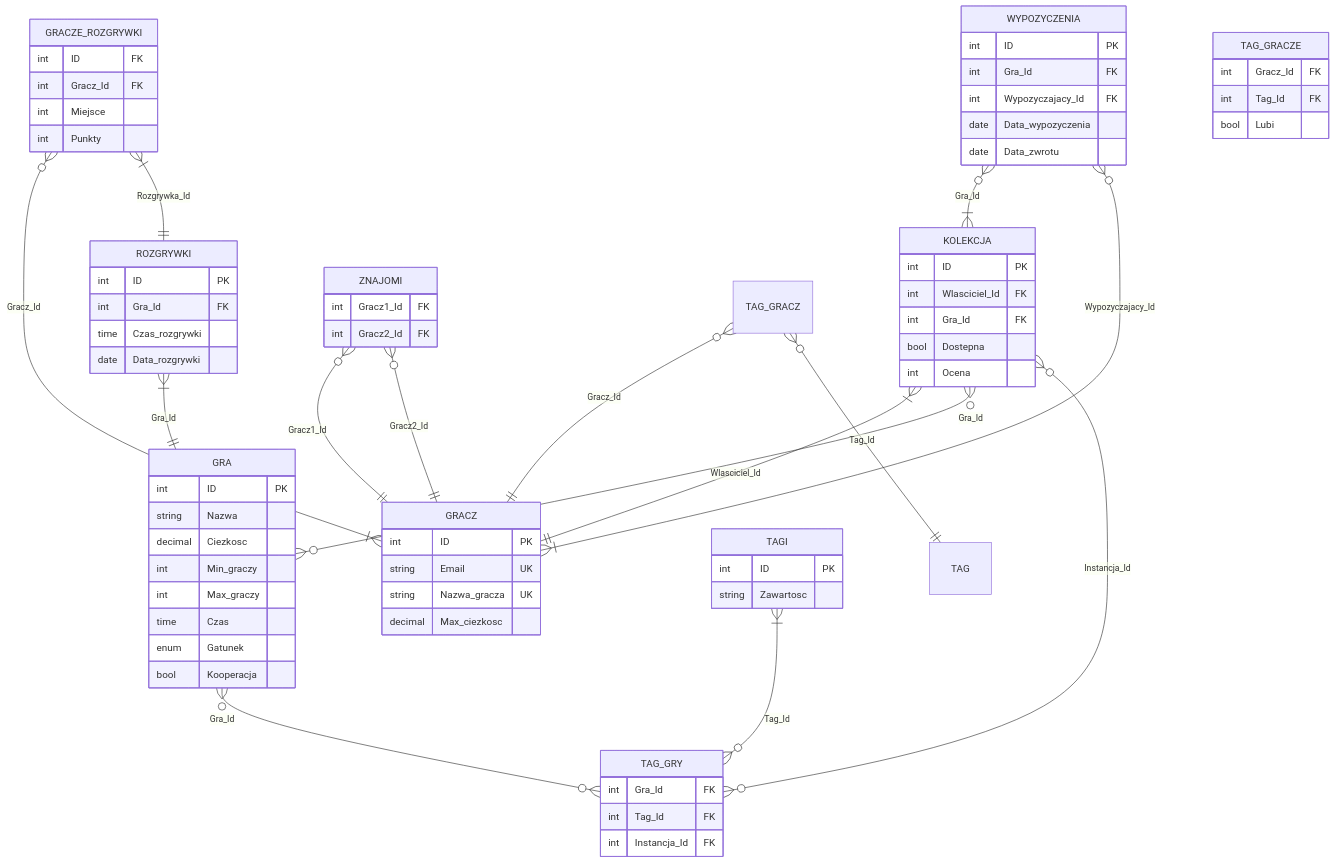
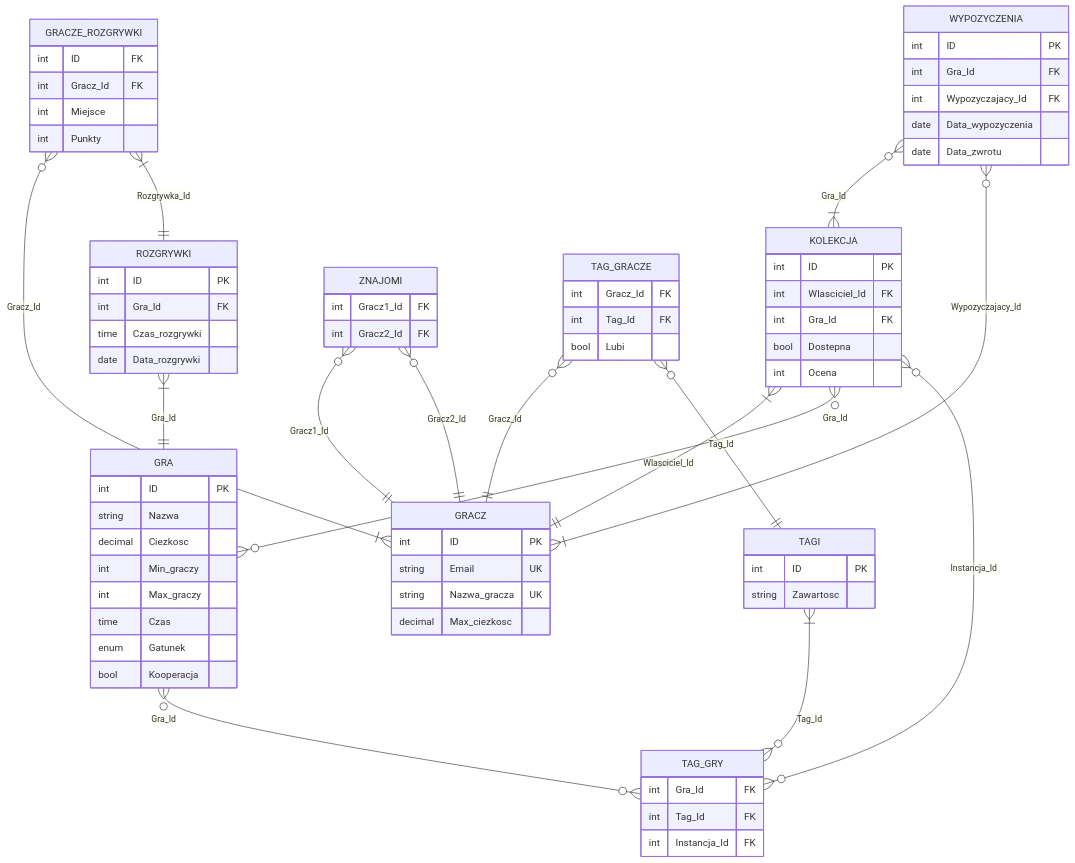
Before and after one commit to Sammaeliusz/PC-Repo: the diagram in BD/scheme.md, drawn with Mermaid.

````diff
--- a/BD/scheme.md
+++ b/BD/scheme.md
@@ -1,78 +1,78 @@
 ``` mermaid
 erDiagram
 GRA{
     int ID PK
     string Nazwa
     decimal Ciezkosc
     int Min_graczy
     int Max_graczy
     time Czas
     enum Gatunek
     bool Kooperacja
 }
 KOLEKCJA{
     int ID PK
     int Wlasciciel_Id FK
     int Gra_Id FK
     bool Dostepna
     int Ocena
 }
 TAG_GRY{
     int Gra_Id FK
     int Tag_Id FK
     int Instancja_Id FK
 }
 GRACZ{
     int ID PK
     string Email UK
     string Nazwa_gracza UK
     decimal Max_ciezkosc
 }
 ROZGRYWKI{
     int ID PK
     int Gra_Id FK
     time Czas_rozgrywki
     date Data_rozgrywki
 }
 GRACZE_ROZGRYWKI{
     int ID FK
     int Gracz_Id FK
     int Miejsce
     int Punkty
 }
 WYPOZYCZENIA{
     int ID PK
     int Gra_Id FK
     int Wypozyczajacy_Id FK
     date Data_wypozyczenia
     date Data_zwrotu
 
 }
 TAGI{
     int ID PK
     string Zawartosc
 }
 ZNAJOMI{
     int Gracz1_Id FK
     int Gracz2_Id FK
 }
 TAG_GRACZE{
     int Gracz_Id FK
     int Tag_Id FK
     bool Lubi
 }
 KOLEKCJA }|--|| GRACZ: Wlasciciel_Id
 KOLEKCJA }o--o{ GRA: Gra_Id
 ROZGRYWKI }|--|| GRA: Gra_Id
 GRACZE_ROZGRYWKI }o--|{ GRACZ: Gracz_Id
 GRACZE_ROZGRYWKI }|--|| ROZGRYWKI: Rozgrywka_Id
 WYPOZYCZENIA }o--|{ KOLEKCJA: Gra_Id
 WYPOZYCZENIA }o--|{ GRACZ: Wypozyczajacy_Id
 TAGI }|--o{ TAG_GRY: Tag_Id
 GRA }o--o{ TAG_GRY: Gra_Id
 KOLEKCJA }o--o{ TAG_GRY: Instancja_Id
 ZNAJOMI }o--|| GRACZ: Gracz1_Id
 ZNAJOMI }o--|| GRACZ: Gracz2_Id
-TAG_GRACZ }o--|| GRACZ: Gracz_Id
-TAG_GRACZ }o--|| TAG: Tag_Id
+TAG_GRACZE }o--|| GRACZ: Gracz_Id
+TAG_GRACZE }o--|| TAGI: Tag_Id
 ```
````
